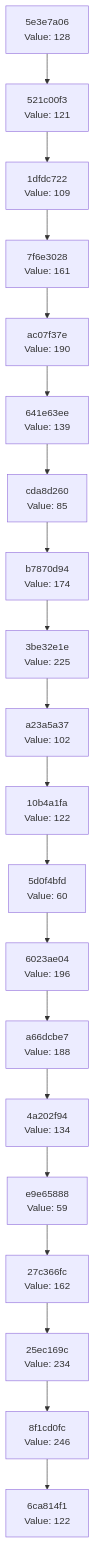
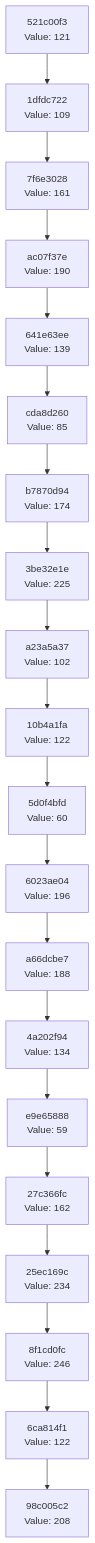
The diagram in docs/CHAIN_VISUALIZATION.md (Abhisheksinha1506/hash-chain-evolver), drawn with Mermaid before and after one commit. The commit also changed 2 other files, not shown here.

Commit message:
Evolution Step

````diff
--- a/docs/CHAIN_VISUALIZATION.md
+++ b/docs/CHAIN_VISUALIZATION.md
@@ -3,42 +3,42 @@
 ```mermaid
 graph TD
-    C0["6ca814f1<br/>Value: 122"]
-    C1["8f1cd0fc<br/>Value: 246"]
+    C0["98c005c2<br/>Value: 208"]
+    C1["6ca814f1<br/>Value: 122"]
     C1 --> C0
-    C2["25ec169c<br/>Value: 234"]
+    C2["8f1cd0fc<br/>Value: 246"]
     C2 --> C1
-    C3["27c366fc<br/>Value: 162"]
+    C3["25ec169c<br/>Value: 234"]
     C3 --> C2
-    C4["e9e65888<br/>Value: 59"]
+    C4["27c366fc<br/>Value: 162"]
     C4 --> C3
-    C5["4a202f94<br/>Value: 134"]
+    C5["e9e65888<br/>Value: 59"]
     C5 --> C4
-    C6["a66dcbe7<br/>Value: 188"]
+    C6["4a202f94<br/>Value: 134"]
     C6 --> C5
-    C7["6023ae04<br/>Value: 196"]
+    C7["a66dcbe7<br/>Value: 188"]
     C7 --> C6
-    C8["5d0f4bfd<br/>Value: 60"]
+    C8["6023ae04<br/>Value: 196"]
     C8 --> C7
-    C9["10b4a1fa<br/>Value: 122"]
+    C9["5d0f4bfd<br/>Value: 60"]
     C9 --> C8
-    C10["a23a5a37<br/>Value: 102"]
+    C10["10b4a1fa<br/>Value: 122"]
     C10 --> C9
-    C11["3be32e1e<br/>Value: 225"]
+    C11["a23a5a37<br/>Value: 102"]
     C11 --> C10
-    C12["b7870d94<br/>Value: 174"]
+    C12["3be32e1e<br/>Value: 225"]
     C12 --> C11
-    C13["cda8d260<br/>Value: 85"]
+    C13["b7870d94<br/>Value: 174"]
     C13 --> C12
-    C14["641e63ee<br/>Value: 139"]
+    C14["cda8d260<br/>Value: 85"]
     C14 --> C13
-    C15["ac07f37e<br/>Value: 190"]
+    C15["641e63ee<br/>Value: 139"]
     C15 --> C14
-    C16["7f6e3028<br/>Value: 161"]
+    C16["ac07f37e<br/>Value: 190"]
     C16 --> C15
-    C17["1dfdc722<br/>Value: 109"]
+    C17["7f6e3028<br/>Value: 161"]
     C17 --> C16
-    C18["521c00f3<br/>Value: 121"]
+    C18["1dfdc722<br/>Value: 109"]
     C18 --> C17
-    C19["5e3e7a06<br/>Value: 128"]
+    C19["521c00f3<br/>Value: 121"]
     C19 --> C18
 ```
````
